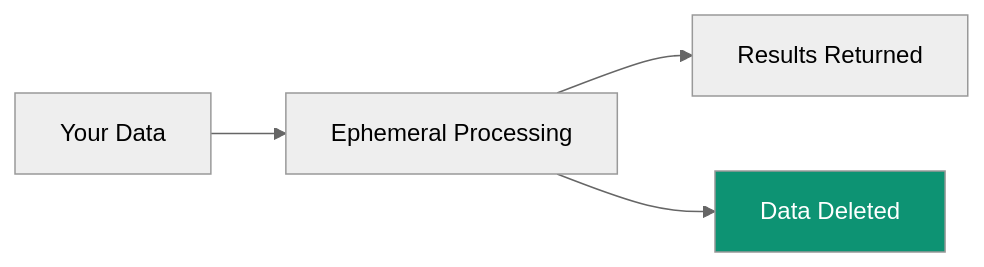
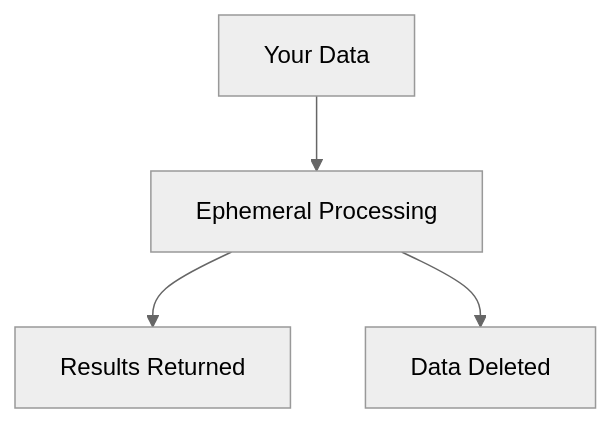
One commit to ashishsuperatom/tech-docs changed the diagram in security/data-protection.mdx. Above: the diagram before and after it, drawn with Mermaid (neutral theme). The commit also changed other lines of this file and 37 other files, not shown here.

First line of the commit message:
Clean up docs: remove em-dashes, fix mermaid diagrams, remove emojis

````diff
--- a/security/data-protection.mdx
+++ b/security/data-protection.mdx
@@ -13,8 +13,7 @@
 ```mermaid
-flowchart LR
+flowchart TD
     DATA["Your Data"] --> PROCESS["Ephemeral Processing"]
     PROCESS --> RESULT["Results Returned"]
     PROCESS --> DELETE["Data Deleted"]
 
-    style DELETE fill:#0D9373,color:#fff
 ```
````
